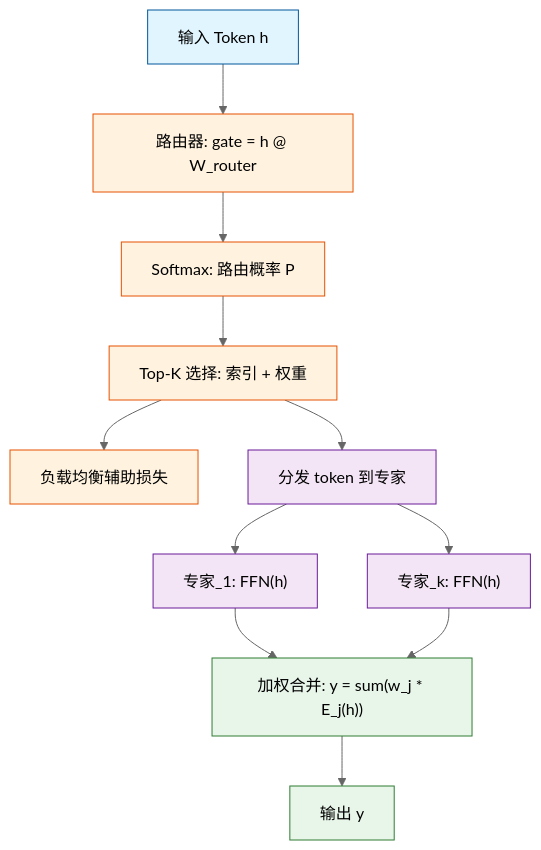
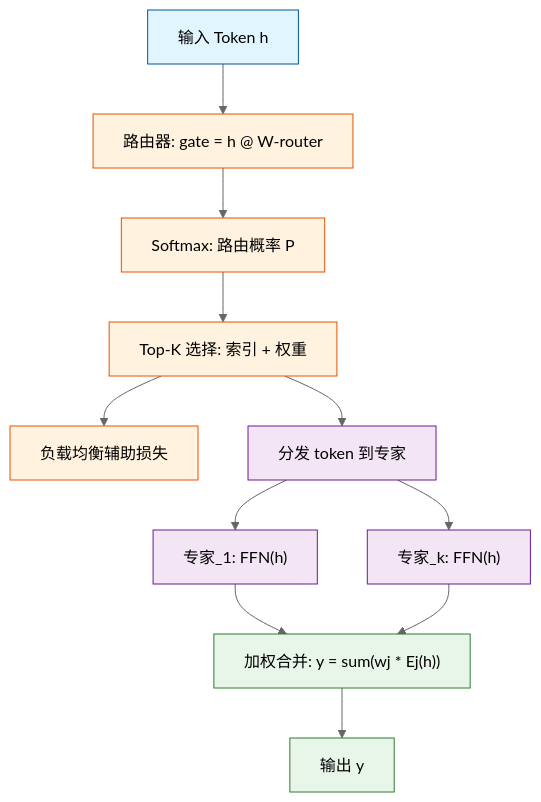
One commit to Playitcooool/advanced-ai-daily changed the diagram in tutorials/zh/02-mixture-of-experts.md. Above: the diagram before and after it, drawn with Mermaid (neutral theme). The commit also changed other lines of this file and 8 other files, not shown here.

First line of the commit message:
fix: replace problematic underscores in Mermaid diagram labels

````diff
--- a/tutorials/zh/02-mixture-of-experts.md
+++ b/tutorials/zh/02-mixture-of-experts.md
@@ -68,24 +68,24 @@
 ```mermaid
 flowchart TD
-    A["输入 Token h"] --> B["路由器: gate = h @ W_router"]
+    A["输入 Token h"] --> B["路由器: gate = h @ W-router"]
     B --> C["Softmax: 路由概率 P"]
     C --> D["Top-K 选择: 索引 + 权重"]
     D --> E["负载均衡辅助损失"]
     D --> F["分发 token 到专家"]
     F --> G["专家_1: FFN(h)"]
     F --> H["专家_k: FFN(h)"]
-    G --> I["加权合并: y = sum(w_j * E_j(h))"]
+    G --> I["加权合并: y = sum(wj * Ej(h))"]
     H --> I
     I --> J["输出 y"]
 
     classDef input fill:#e1f5fe,stroke:#01579b
     classDef routing fill:#fff3e0,stroke:#e65100
     classDef expert fill:#f3e5f5,stroke:#6a1b9a
     classDef output fill:#e8f5e9,stroke:#2e7d32
 
     class A input
     class B,C,D routing
     class E routing
     class F,G,H expert
     class I,J output
 ```
````
